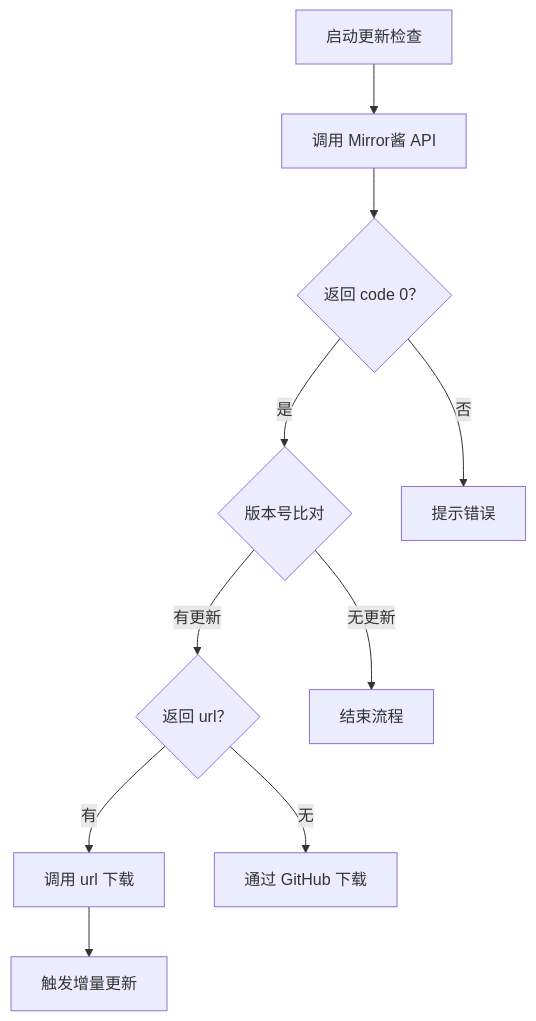
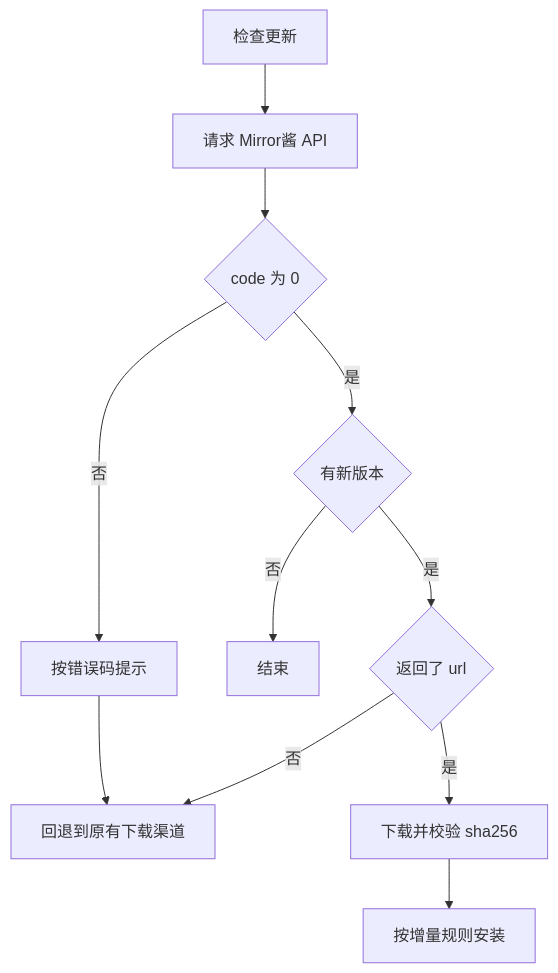
One commit to MirrorChyan/docs changed the diagram in README.md. Above: the diagram before and after it, drawn with Mermaid. The commit also changed other lines of this file and 4 other files, not shown here.

````diff
--- a/README.md
+++ b/README.md
@@ -80,12 +115,13 @@
 ```mermaid
 graph TD
-    A[启动更新检查] --> B[调用 Mirror酱 API]
-    B --> C{返回 code 0？}
-    C -->|是| D{版本号比对}
-    C -->|否| Y[提示错误]
-    D -->|有更新| F{返回 url？}
-    D -->|无更新| Z[结束流程]
-    F -->|有| G[调用 url 下载]
-    F -->|无| H[通过 GitHub 下载]
-    G --> I[触发增量更新]
+    A[检查更新] --> B[请求 Mirror酱 API]
+    B --> C{code 为 0}
+    C -->|否| E[按错误码提示]
+    E --> H[回退到原有下载渠道]
+    C -->|是| D{有新版本}
+    D -->|否| Z[结束]
+    D -->|是| F{返回了 url}
+    F -->|是| G[下载并校验 sha256]
+    G --> I[按增量规则安装]
+    F -->|否| H
 ```
````
